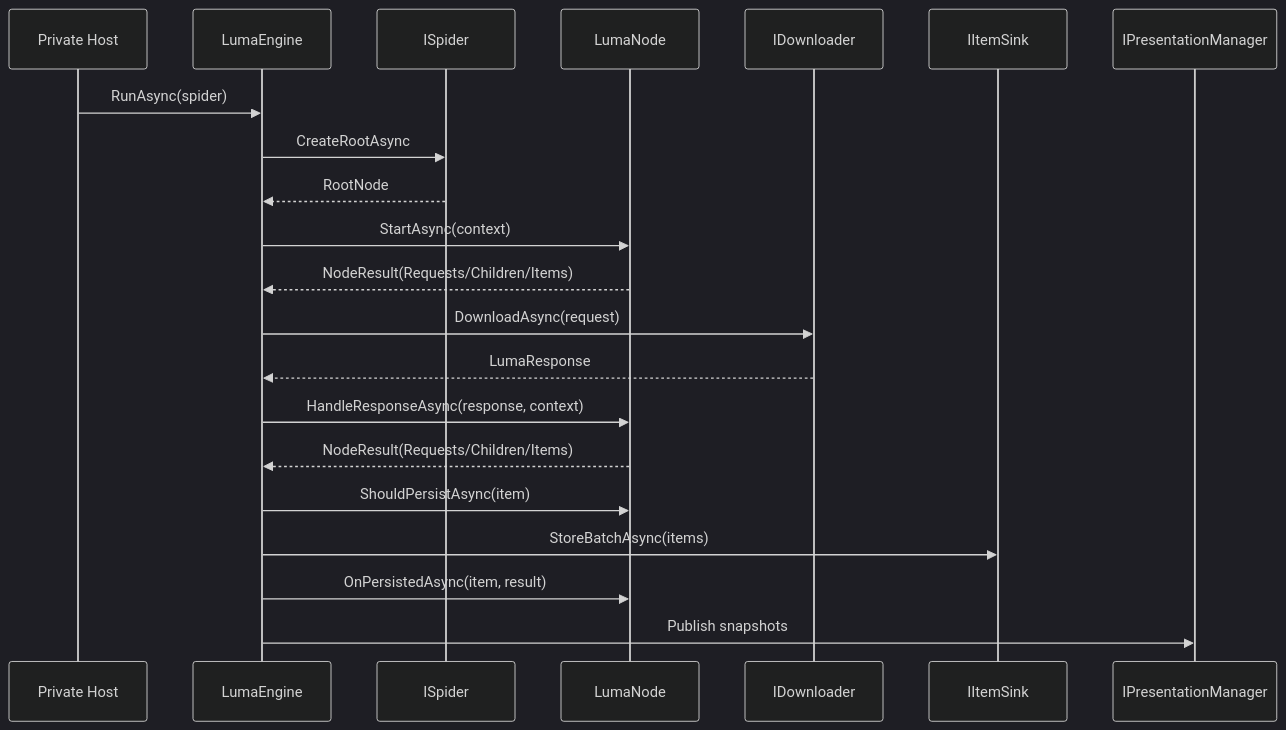
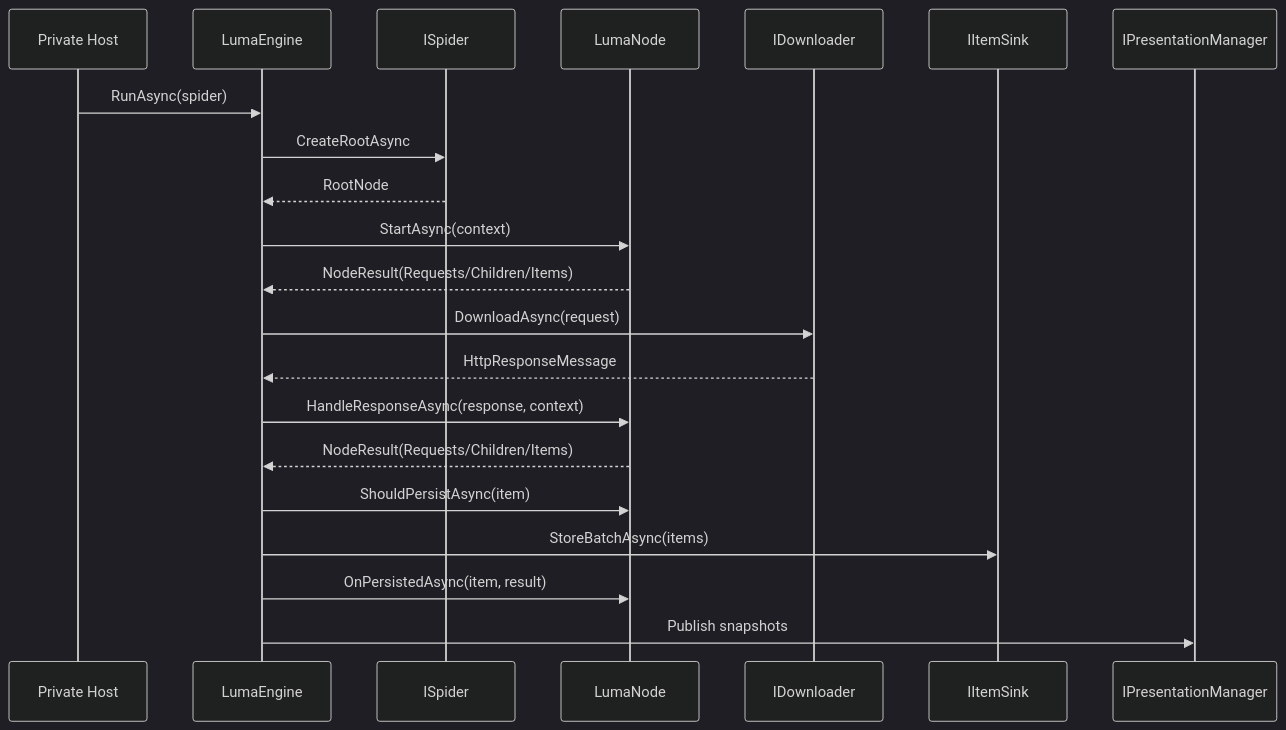
The diagram in README.en.md (zeayii/luma), drawn with Mermaid (dark theme) before and after one commit. The commit also changed 16 other files, not shown here.

````diff
--- a/README.en.md
+++ b/README.en.md
@@ -46,24 +46,24 @@
 ```mermaid
 sequenceDiagram
     participant Host as Private Host
     participant Engine as LumaEngine
     participant Spider as ISpider
     participant Node as LumaNode
     participant Downloader as IDownloader
     participant Sink as IItemSink
     participant UI as IPresentationManager
 
     Host->>Engine: RunAsync(spider)
     Engine->>Spider: CreateRootAsync
     Spider-->>Engine: RootNode
     Engine->>Node: StartAsync(context)
     Node-->>Engine: NodeResult(Requests/Children/Items)
     Engine->>Downloader: DownloadAsync(request)
-    Downloader-->>Engine: LumaResponse
+    Downloader-->>Engine: HttpResponseMessage
     Engine->>Node: HandleResponseAsync(response, context)
     Node-->>Engine: NodeResult(Requests/Children/Items)
     Engine->>Node: ShouldPersistAsync(item)
     Engine->>Sink: StoreBatchAsync(items)
     Engine->>Node: OnPersistedAsync(item, result)
     Engine->>UI: Publish snapshots
 ```
````
